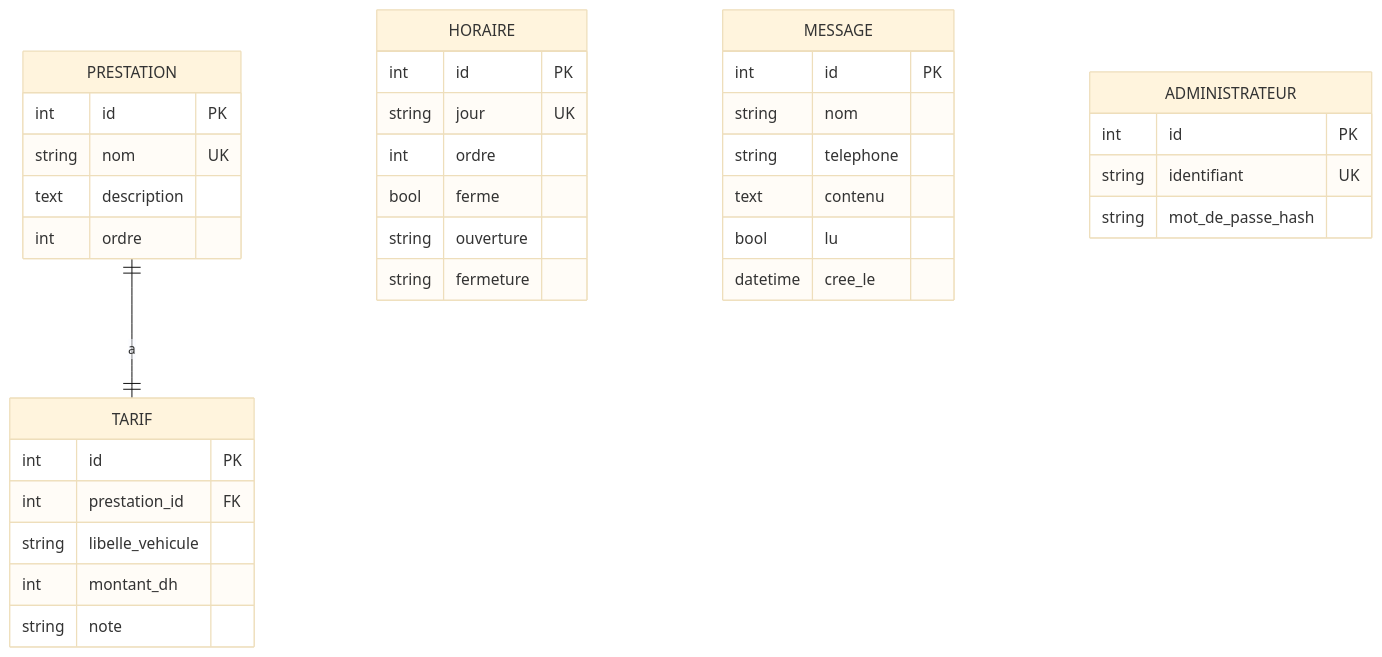
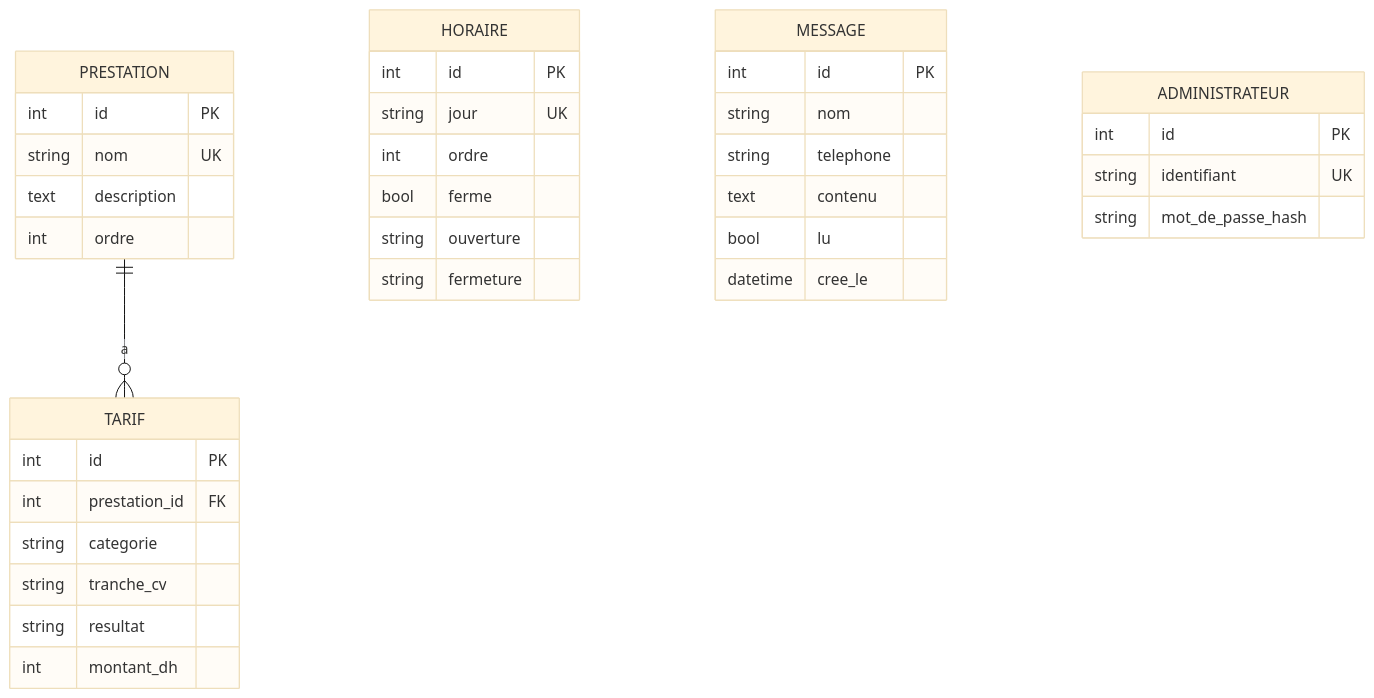
One commit to ShigeoKageyama78/roubil-control changed the diagram in docs/conception.md. Above: the diagram before and after it, drawn with Mermaid (base theme). The commit also changed other lines of this file and 13 other files, not shown here.

````diff
--- a/docs/conception.md
+++ b/docs/conception.md
@@ -12,9 +12,9 @@
 ```mermaid
 erDiagram
-    PRESTATION ||--|| TARIF : "a"
+    PRESTATION ||--o{ TARIF : "a"
     PRESTATION { int id PK  string nom UK  text description  int ordre }
-    TARIF { int id PK  int prestation_id FK  string libelle_vehicule  int montant_dh  string note }
+    TARIF { int id PK  int prestation_id FK  string categorie  string tranche_cv  string resultat  int montant_dh }
     HORAIRE { int id PK  string jour UK  int ordre  bool ferme  string ouverture  string fermeture }
     MESSAGE { int id PK  string nom  string telephone  text contenu  bool lu  datetime cree_le }
     ADMINISTRATEUR { int id PK  string identifiant UK  string mot_de_passe_hash }
 ```
````
